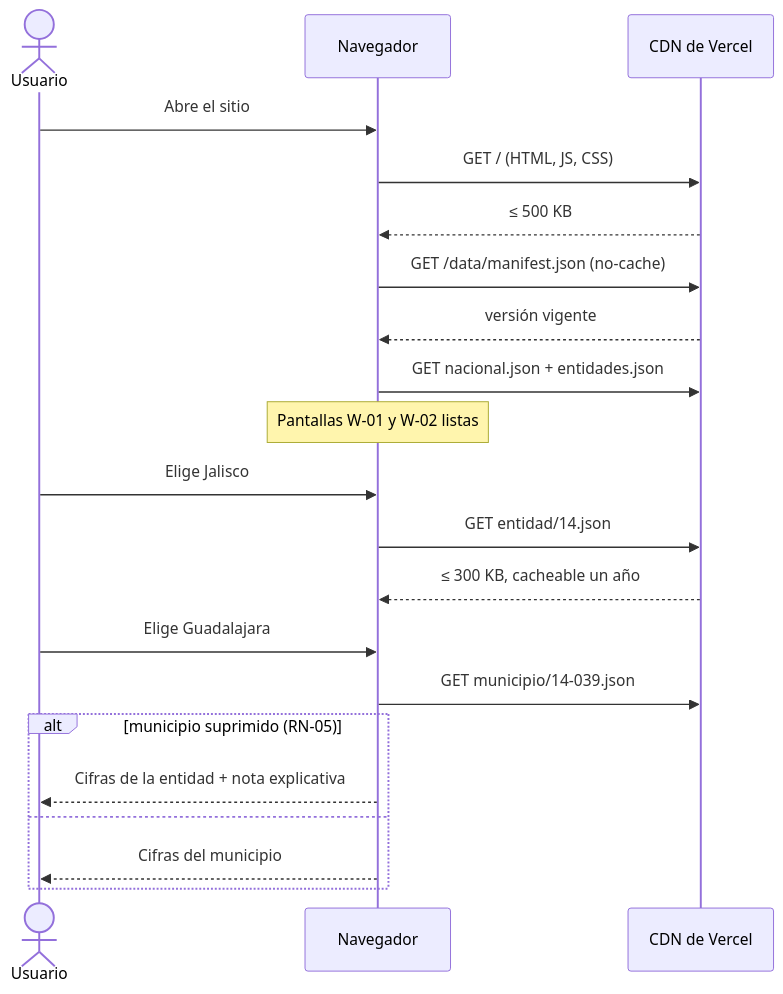
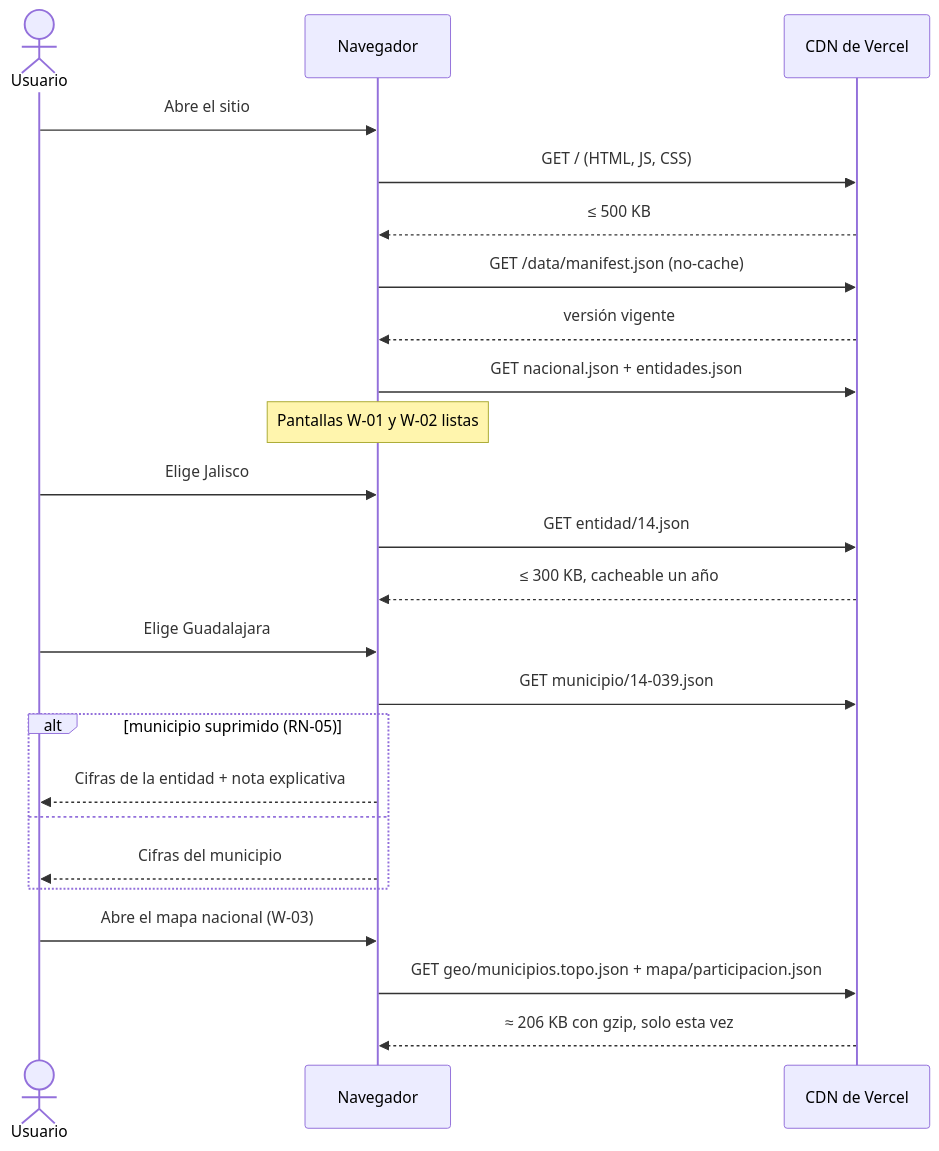
Before and after one commit to AzizaCorp/ReVoto: the sixth of 8 diagrams in docs/diseno/DIS-REVOTO-ARQUITECTURA-DESPLIEGUE-v0.4.md, drawn with Mermaid. The commit also changed other lines of this file and 6 other files, not shown here.

````diff
--- a/docs/diseno/DIS-REVOTO-ARQUITECTURA-DESPLIEGUE-v0.4.md
+++ b/docs/diseno/DIS-REVOTO-ARQUITECTURA-DESPLIEGUE-v0.4.md
@@ -420,23 +479,26 @@
 ```mermaid
 sequenceDiagram
     actor U as Usuario
     participant B as Navegador
     participant C as CDN de Vercel
     U->>B: Abre el sitio
     B->>C: GET / (HTML, JS, CSS)
     C-->>B: ≤ 500 KB
     B->>C: GET /data/manifest.json (no-cache)
     C-->>B: versión vigente
     B->>C: GET nacional.json + entidades.json
     Note over B: Pantallas W-01 y W-02 listas
     U->>B: Elige Jalisco
     B->>C: GET entidad/14.json
     C-->>B: ≤ 300 KB, cacheable un año
     U->>B: Elige Guadalajara
     B->>C: GET municipio/14-039.json
     alt municipio suprimido (RN-05)
         B-->>U: Cifras de la entidad + nota explicativa
     else
         B-->>U: Cifras del municipio
     end
+    U->>B: Abre el mapa nacional (W-03)
+    B->>C: GET geo/municipios.topo.json + mapa/participacion.json
+    C-->>B: ≈ 206 KB con gzip, solo esta vez
 ```
````
